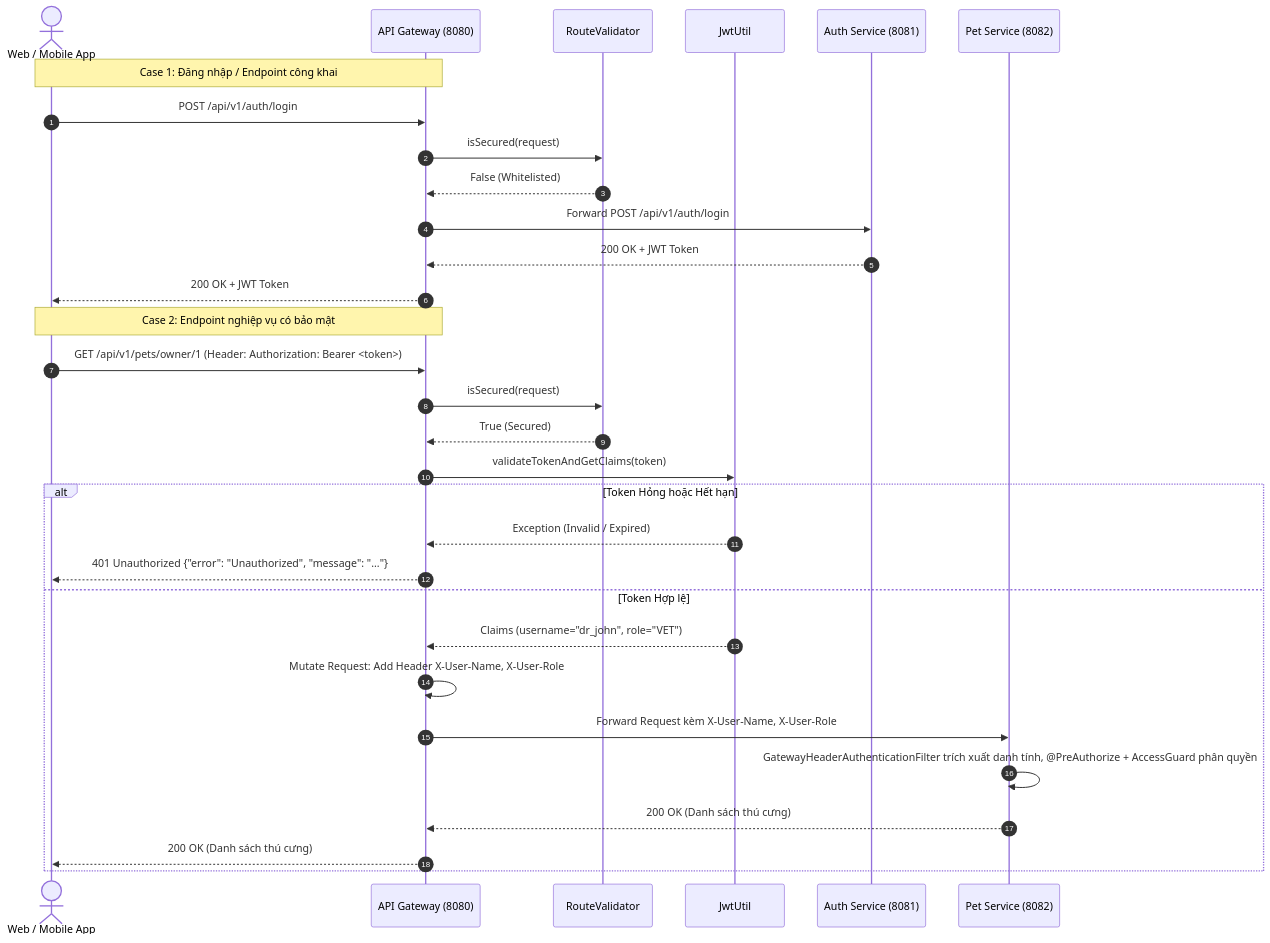
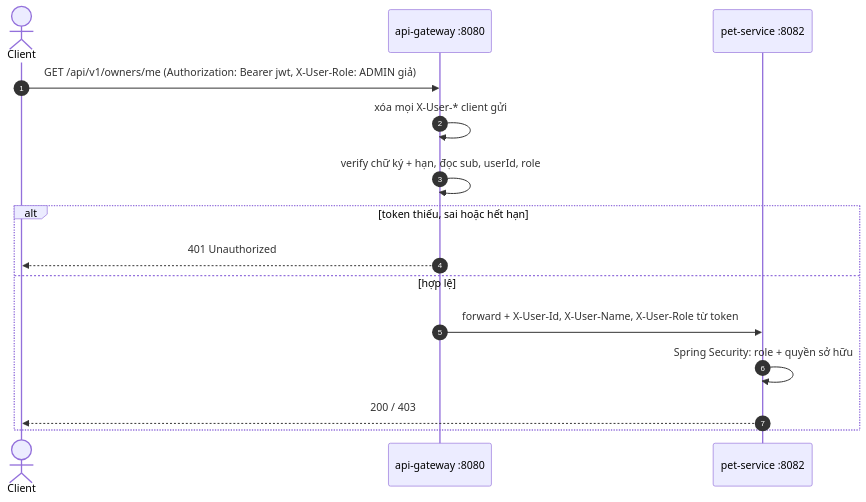
One commit to Phongasfd/pet-clinic-management changed the diagram in api-gateway/README.md. Above: the diagram before and after it, drawn with Mermaid. The commit also changed other lines of this file and 12 other files, not shown here.

Commit message:
feat: add JWT validation and Flyway V4 migration for pet-service

````diff
--- a/api-gateway/README.md
+++ b/api-gateway/README.md
@@ -63,36 +40,18 @@
 ```mermaid
 sequenceDiagram
     autonumber
-    actor Client as Web / Mobile App
-    participant GW as API Gateway (8080)
-    participant RV as RouteValidator
-    participant JWT as JwtUtil
-    participant Auth as Auth Service (8081)
-    participant Pet as Pet Service (8082)
+    actor C as Client
+    participant GW as api-gateway :8080
+    participant P as pet-service :8082
 
-    Note over Client, GW: Case 1: Đăng nhập / Endpoint công khai
-    Client->>GW: POST /api/v1/auth/login
-    GW->>RV: isSecured(request)
-    RV-->>GW: False (Whitelisted)
-    GW->>Auth: Forward POST /api/v1/auth/login
-    Auth-->>GW: 200 OK + JWT Token
-    GW-->>Client: 200 OK + JWT Token
-
-    Note over Client, GW: Case 2: Endpoint nghiệp vụ có bảo mật
-    Client->>GW: GET /api/v1/pets/owner/1 (Header: Authorization: Bearer <token>)
-    GW->>RV: isSecured(request)
-    RV-->>GW: True (Secured)
-    GW->>JWT: validateTokenAndGetClaims(token)
-
-    alt Token Hỏng hoặc Hết hạn
-        JWT-->>GW: Exception (Invalid / Expired)
-        GW-->>Client: 401 Unauthorized {"error": "Unauthorized", "message": "..."}
-    else Token Hợp lệ
-        JWT-->>GW: Claims (username="dr_john", role="VET")
-        GW->>GW: Mutate Request: Add Header X-User-Name, X-User-Role
-        GW->>Pet: Forward Request kèm X-User-Name, X-User-Role
-        Pet->>Pet: GatewayHeaderAuthenticationFilter trích xuất danh tính, @PreAuthorize + AccessGuard phân quyền
-        Pet-->>GW: 200 OK (Danh sách thú cưng)
-        GW-->>Client: 200 OK (Danh sách thú cưng)
+    C->>GW: GET /api/v1/owners/me (Authorization: Bearer jwt, X-User-Role: ADMIN giả)
+    GW->>GW: xóa mọi X-User-* client gửi
+    GW->>GW: verify chữ ký + hạn, đọc sub, userId, role
+    alt token thiếu, sai hoặc hết hạn
+        GW-->>C: 401 Unauthorized
+    else hợp lệ
+        GW->>P: forward + X-User-Id, X-User-Name, X-User-Role từ token
+        P->>P: Spring Security: role + quyền sở hữu
+        P-->>C: 200 / 403
     end
 ```
````
